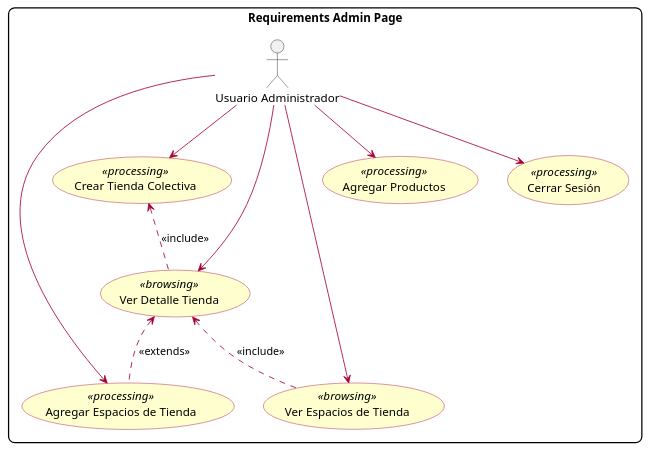
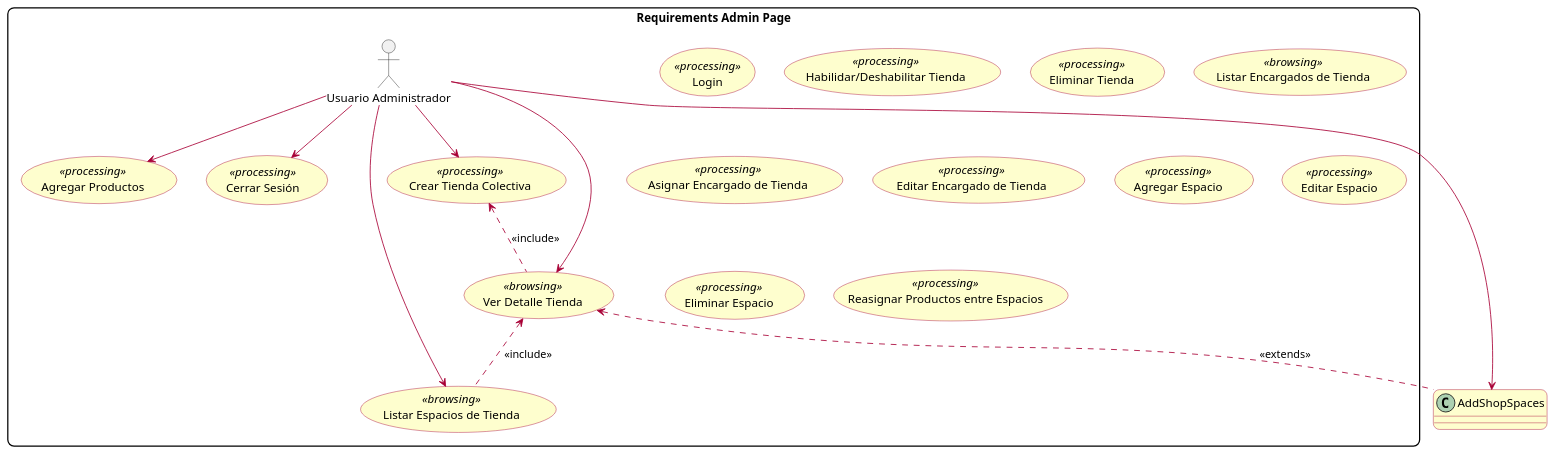
One commit to AtomicDevelopers/UWE-Tienda-Colectiva changed the diagram in Requirements Model/UseCases/admin_user_usecases.puml. Above: the diagram before and after it, drawn with PlantUML. The commit also changed 1 other file, not shown here.

```diff
--- a/Requirements Model/UseCases/admin_user_usecases.puml
+++ b/Requirements Model/UseCases/admin_user_usecases.puml
@@ -1,40 +1,50 @@
 @startuml adminPage_requirements
 allow_mixing
 
 skinparam shadow false
 skinparam packageStyle rectangle
 skinparam roundCorner 15
 skinparam class {
   BackgroundColor #FEFECE
   BorderColor #A80036
   ArrowColor #A80036
 }
 skinparam usecase {
   BackgroundColor #FEFECE
   BorderColor #A80036
   ArrowColor #A80036
 }
 
 package "Requirements Admin Page" {
   actor "Usuario Administrador" as Admin
 
+  usecase "Login" as Login <<processing>>
   usecase "Crear Tienda Colectiva" as CreateShop <<processing>>
   usecase "Ver Detalle Tienda" as ViewShopDetail <<browsing>>
-  usecase "Agregar Espacios de Tienda" as AddShopSpaces <<processing>>
-  usecase "Ver Espacios de Tienda" as ViewShopSpaces <<browsing>>
+  usecase "Habilidar/Deshabilitar Tienda" as ToggleShop <<processing>>
+  usecase "Eliminar Tienda" as DeleteShop <<processing>>
+  usecase "Listar Encargados de Tienda" as ListShopManagers <<browsing>>
+  usecase "Asignar Encargado de Tienda" as AssignShopManager <<processing>>
+  usecase "Editar Encargado de Tienda" as EditShopManager <<processing>>
+  usecase "Listar Espacios de Tienda" as ViewShopSpaces <<browsing>>
+  usecase "Agregar Espacio" as AddShopSpace <<processing>>
+  usecase "Editar Espacio" as EditShopSpace <<processing>>
+  usecase "Eliminar Espacio" as DeleteShopSpace <<processing>>
+  usecase "Reasignar Productos entre Espacios" as ReassignProducts <<processing>>
   usecase "Agregar Productos" as AddProduct <<processing>>
   usecase "Cerrar Sesión" as Logout <<processing>>
 }
+
 
 Admin --> CreateShop
 Admin --> AddProduct
 Admin --> Logout
 Admin --> ViewShopDetail
 Admin --> ViewShopSpaces
 Admin --> AddShopSpaces
 
 CreateShop <.. ViewShopDetail : <<include>>
 ViewShopDetail <.. ViewShopSpaces : <<include>>
 ViewShopDetail <.. AddShopSpaces : <<extends>>
 
 @enduml
```
